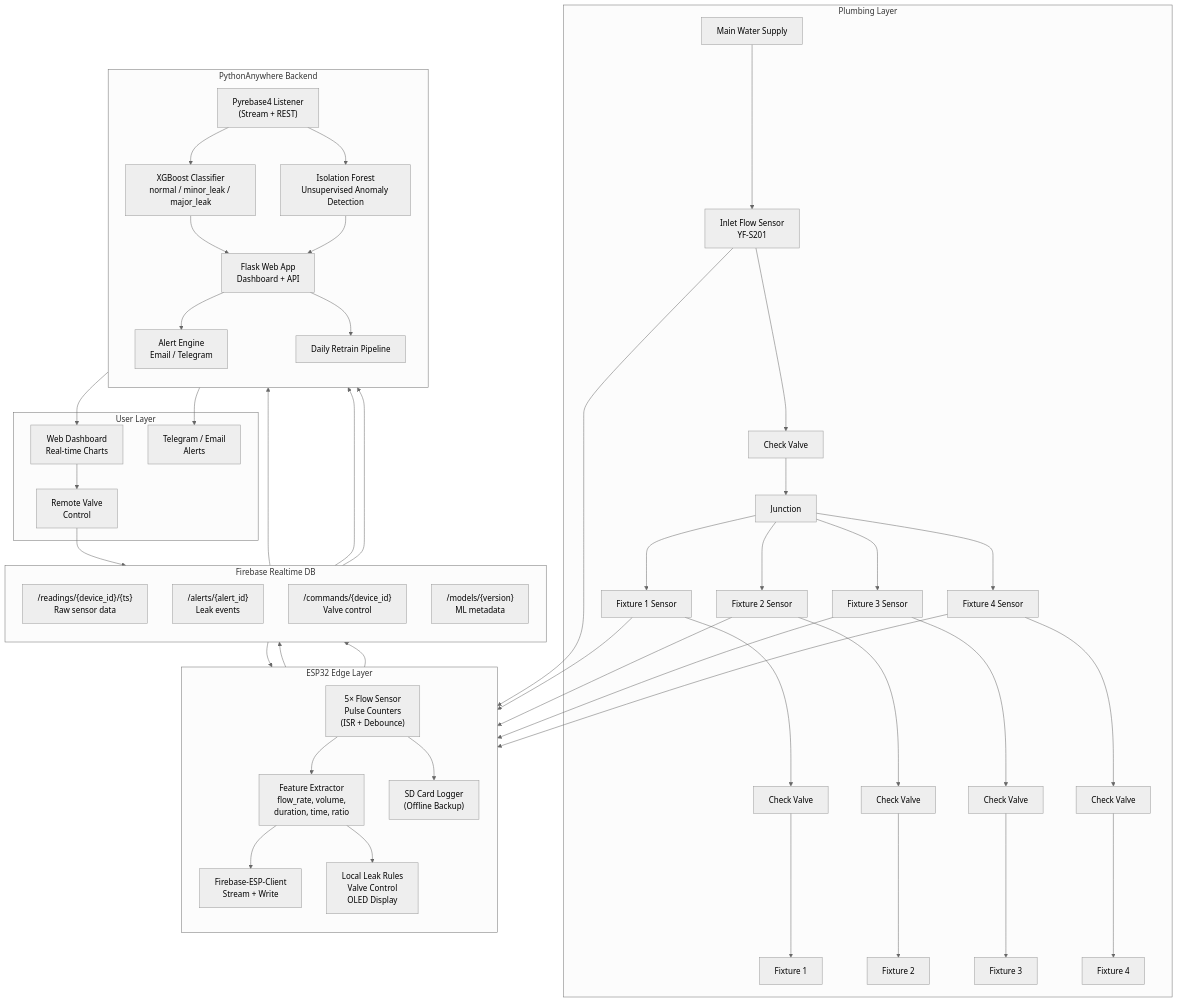
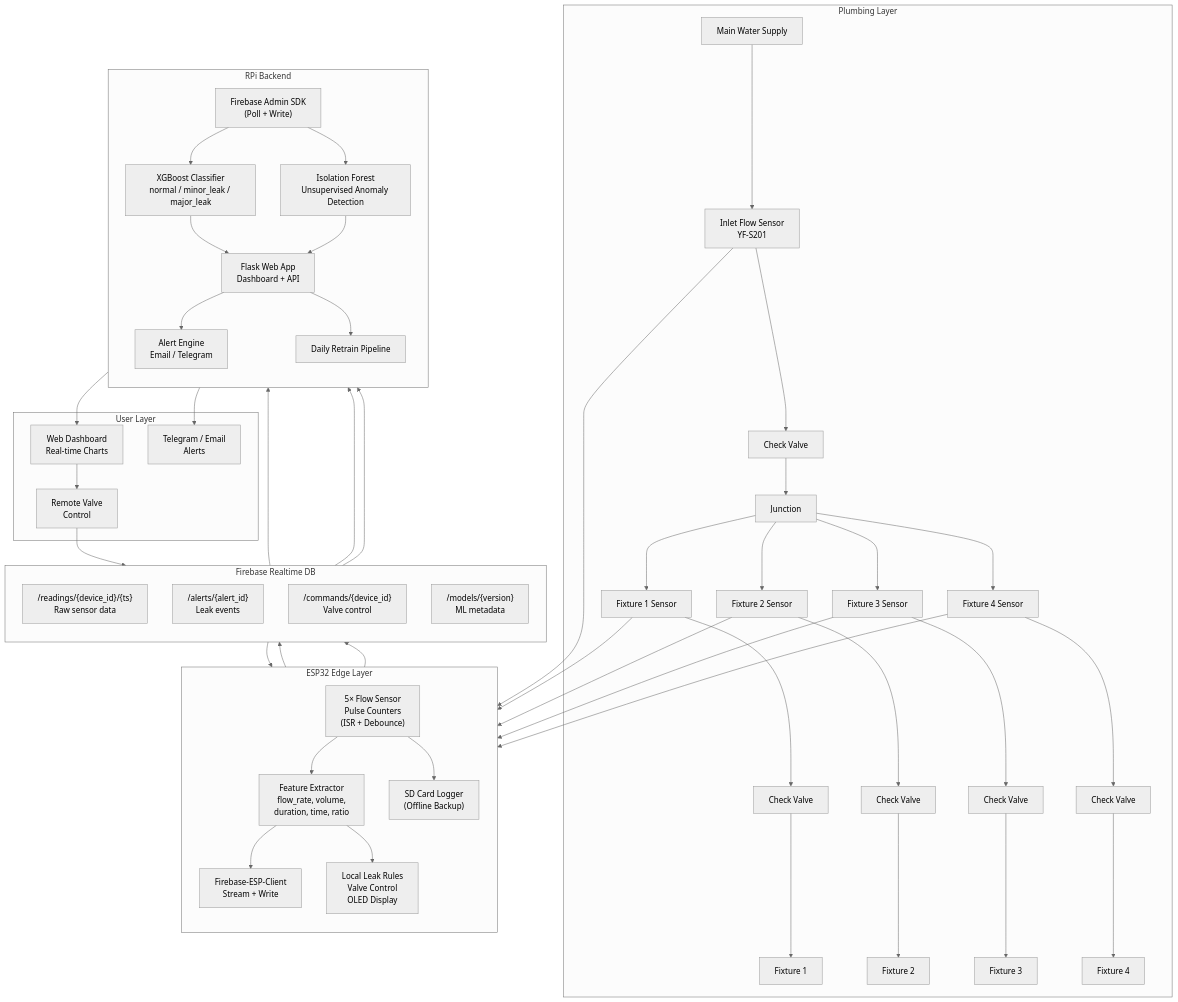
Before and after one commit to qppd/wmldad: the diagram in docs/system-architecture.md, drawn with Mermaid (neutral theme). The commit also changed other lines of this file and 13 other files, not shown here.

First line of the commit message:
Overhaul: PythonAnywhere → RPi backend across all docs + fixes

````diff
--- a/docs/system-architecture.md
+++ b/docs/system-architecture.md
@@ -18,80 +18,80 @@
 ```mermaid
 graph TB
     subgraph "Plumbing Layer"
         A[Main Water Supply] --> B[Inlet Flow Sensor<br/>YF-S201]
         B --> C[Check Valve]
         C --> D[Junction]
         D --> E1[Fixture 1 Sensor]
         D --> E2[Fixture 2 Sensor]
         D --> E3[Fixture 3 Sensor]
         D --> E4[Fixture 4 Sensor]
         E1 --> CV1[Check Valve] --> F1[Fixture 1]
         E2 --> CV2[Check Valve] --> F2[Fixture 2]
         E3 --> CV3[Check Valve] --> F3[Fixture 3]
         E4 --> CV4[Check Valve] --> F4[Fixture 4]
     end
 
     subgraph "ESP32 Edge Layer"
         direction TB
         Sensors["5× Flow Sensor<br/>Pulse Counters<br/>(ISR + Debounce)"]
         Features["Feature Extractor<br/>flow_rate, volume,<br/>duration, time, ratio"]
         FirebaseClient["Firebase-ESP-Client<br/>Stream + Write"]
         LocalCtrl["Local Leak Rules<br/>Valve Control<br/>OLED Display"]
         SDCard["SD Card Logger<br/>(Offline Backup)"]
         
         Sensors --> Features
         Features --> FirebaseClient
         Features --> LocalCtrl
         Sensors --> SDCard
     end
 
     subgraph "Firebase Realtime DB"
         direction TB
         Readings["/readings/{device_id}/{ts}<br/>Raw sensor data"]
         Alerts["/alerts/{alert_id}<br/>Leak events"]
         Commands["/commands/{device_id}<br/>Valve control"]
         Models["/models/{version}<br/>ML metadata"]
     end
 
-    subgraph "PythonAnywhere Backend"
+    subgraph "RPi Backend"
         direction TB
-        Pyrebase["Pyrebase4 Listener<br/>(Stream + REST)"]
+        FBAdmin["Firebase Admin SDK<br/>(Poll + Write)"]
         XGB["XGBoost Classifier<br/>normal / minor_leak / major_leak"]
         ISO["Isolation Forest<br/>Unsupervised Anomaly Detection"]
         Flask["Flask Web App<br/>Dashboard + API"]
         AlertEngine["Alert Engine<br/>Email / Telegram"]
         Retrain["Daily Retrain Pipeline"]
         
-        Pyrebase --> XGB
-        Pyrebase --> ISO
+        FBAdmin --> XGB
+        FBAdmin --> ISO
         XGB --> Flask
         ISO --> Flask
         Flask --> AlertEngine
         Flask --> Retrain
     end
 
     subgraph "User Layer"
         Dashboard["Web Dashboard<br/>Real-time Charts"]
         Notif["Telegram / Email<br/>Alerts"]
         ValveCmd["Remote Valve<br/>Control"]
     end
 
     B --> Sensors
     E1 --> Sensors
     E2 --> Sensors
     E3 --> Sensors
     E4 --> Sensors
     
     FirebaseClient --> Readings
     FirebaseClient --> Alerts
     Commands --> FirebaseClient
     
-    Readings --> Pyrebase
-    Alerts --> Pyrebase
-    Commands --> Pyrebase
+    Readings --> FBAdmin
+    Alerts --> FBAdmin
+    Commands --> FBAdmin
     
     Flask --> Dashboard
     AlertEngine --> Notif
     Dashboard --> ValveCmd
     ValveCmd --> Commands
 ```
````
